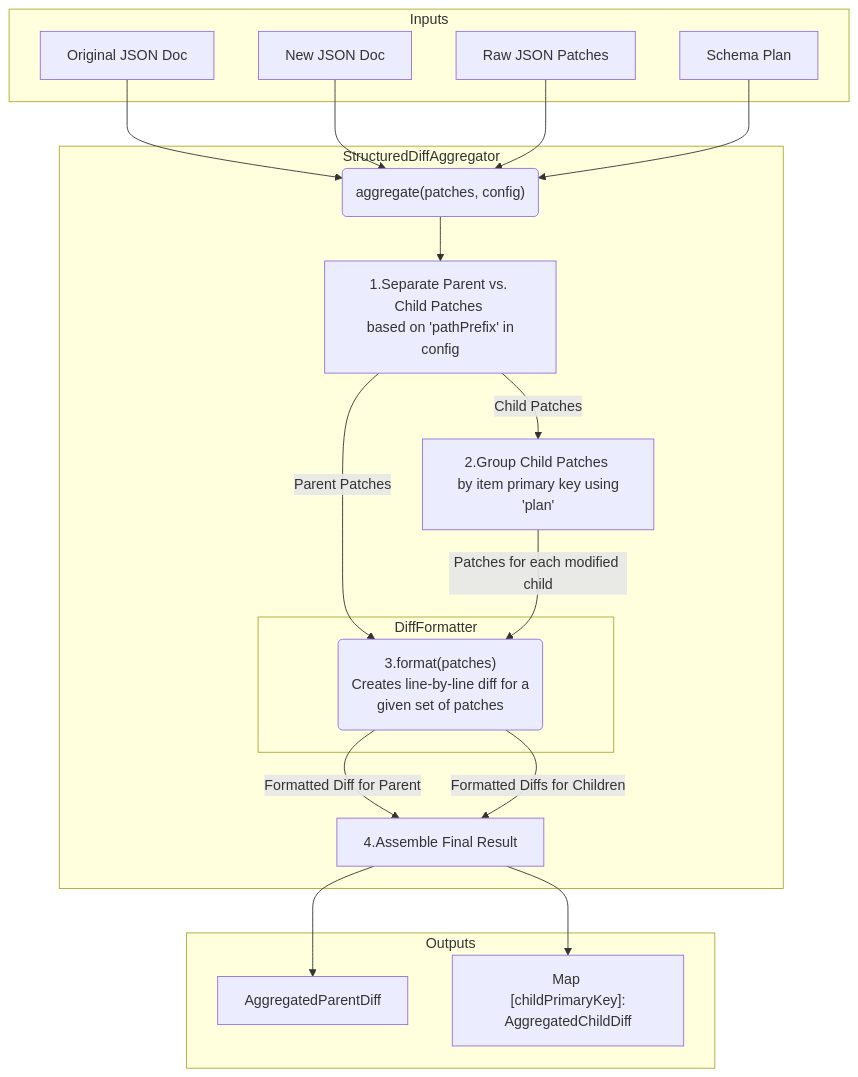
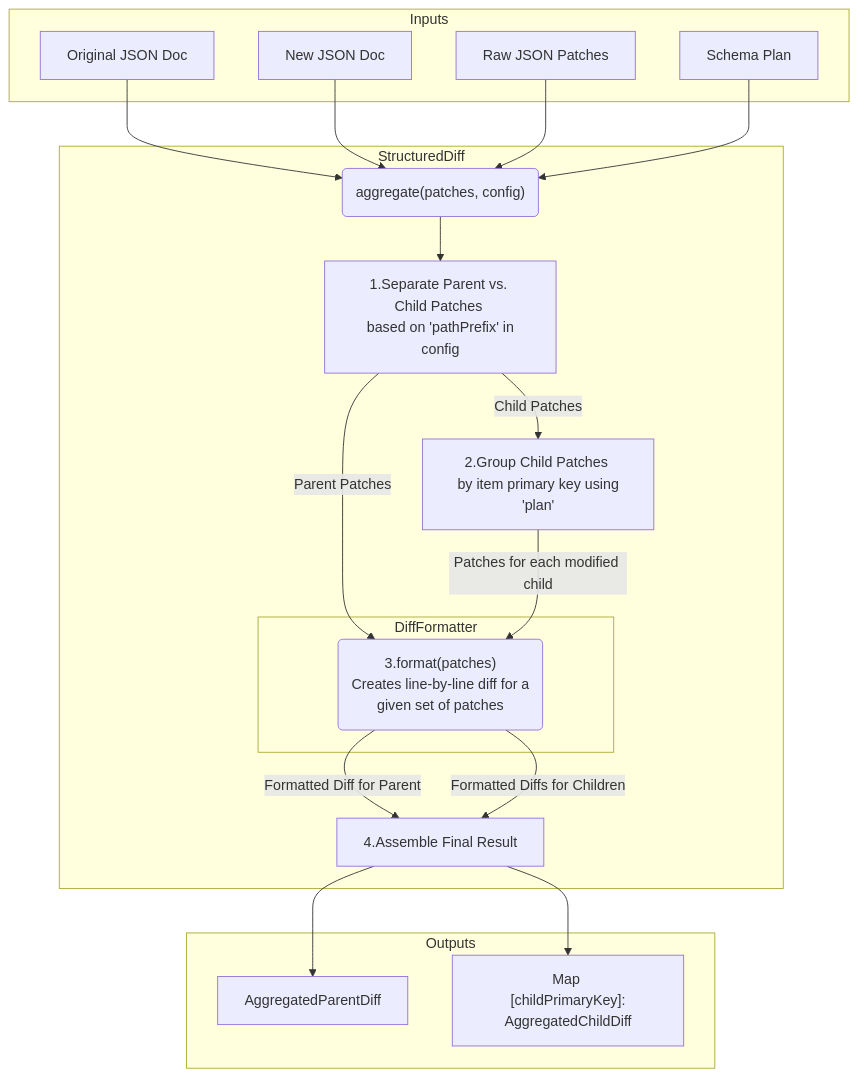
One commit to flightcontrolhq/fast-json-schema-patch changed the diagram in src/aggregators/README.md. Above: the diagram before and after it, drawn with Mermaid. The commit also changed other lines of this file and 42 other files, not shown here.

Commit message:
Refactor `schema-json-patch` to `fast-json-schema-patch`, updating class names and methods for improved clarity and performance. Adjust dependencies and documentation accordingly, including changes in README and benchmark analysis. Remove obsolete files related to previous implementations.

````diff
--- a/src/aggregators/README.md
+++ b/src/aggregators/README.md
@@ -35,40 +35,40 @@
 ```mermaid
 graph TD
     subgraph "Inputs"
         A[Original JSON Doc]
         B[New JSON Doc]
         C[Raw JSON Patches]
         P[Schema Plan]
     end
 
-    subgraph "StructuredDiffAggregator"
+    subgraph "StructuredDiff"
         PA_Entry("aggregate(patches, config)")
         PA_Group["1.Separate Parent vs. Child Patches <br/> based on 'pathPrefix' in config"]
         PA_ChildGroup["2.Group Child Patches <br/> by item primary key using 'plan'"]
         PA_Results["4.Assemble Final Result"]
 
     subgraph "DiffFormatter"
         DF_Format("3.format(patches) <br/> Creates line-by-line diff for a <br/> given set of patches")
     end
     end
 
     subgraph "Outputs"
         ParentDiff["AggregatedParentDiff"]
         ChildDiffs["Map <br/> [childPrimaryKey]: AggregatedChildDiff"]
     end
 
     A & B --> PA_Entry
     C & P --> PA_Entry
 
     PA_Entry --> PA_Group
 
     PA_Group -- Parent Patches --> DF_Format
     PA_Group -- Child Patches --> PA_ChildGroup
     PA_ChildGroup -- Patches for each modified child --> DF_Format
 
     DF_Format -- Formatted Diff for Parent --> PA_Results
     DF_Format -- Formatted Diffs for Children --> PA_Results
 
     PA_Results --> ParentDiff
     PA_Results --> ChildDiffs
 ```
````
